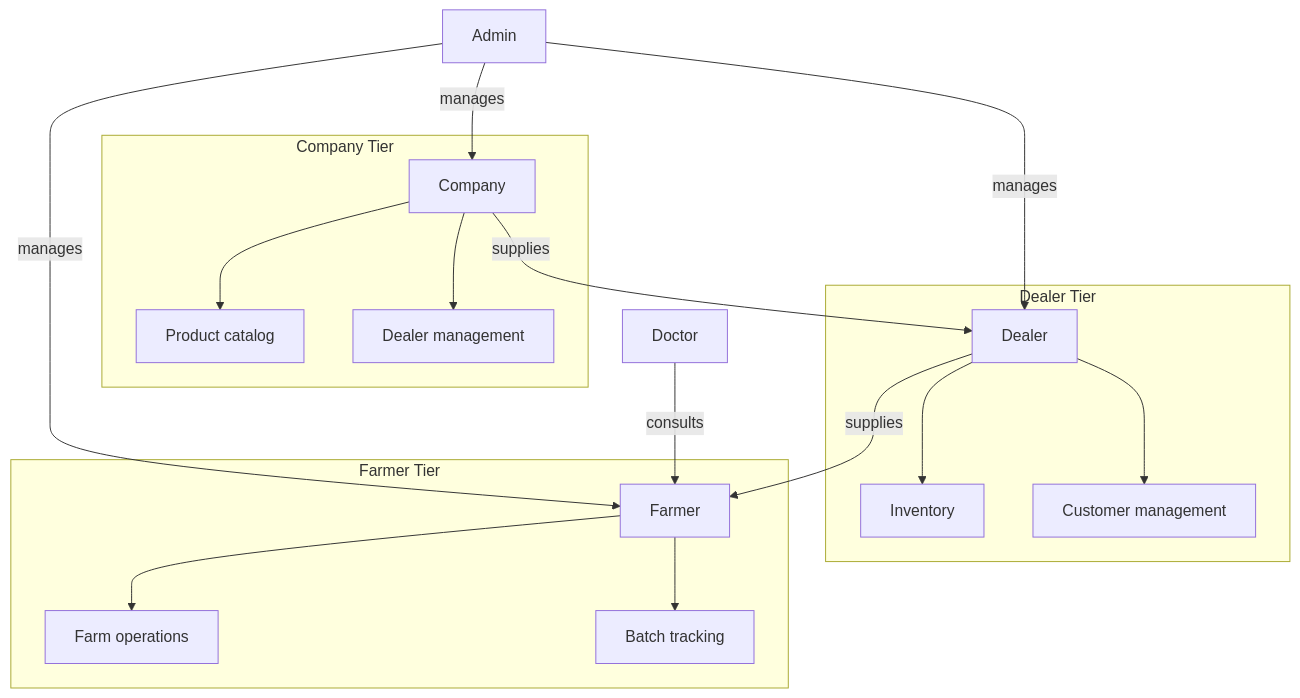
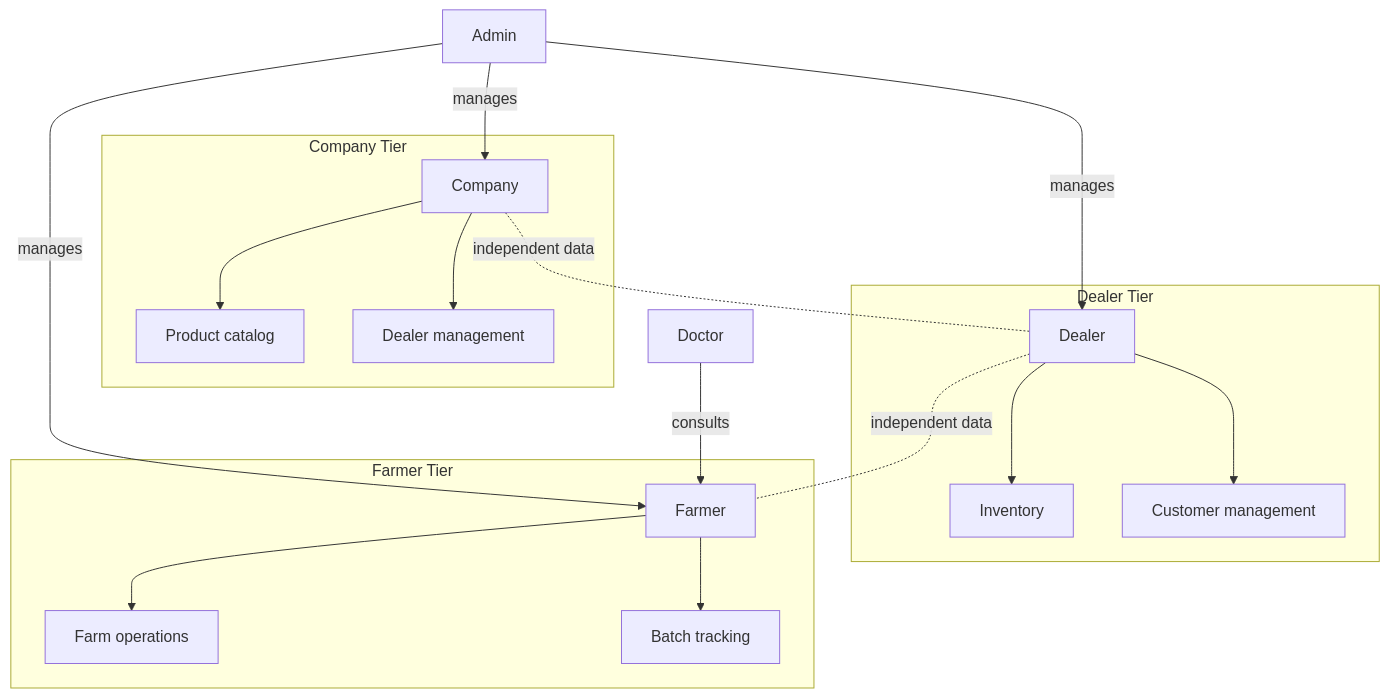
The second of 4 diagrams in context.md (poultry-solution/Poultry360), drawn with Mermaid before and after one commit. The commit also changed other lines of this file and 5 other files, not shown here.

````diff
--- a/context.md
+++ b/context.md
@@ -309,19 +311,19 @@
 ```mermaid
 graph TD
     subgraph Company["Company Tier"]
         C[Company] --> C1[Product catalog]
         C --> C2[Dealer management]
     end
     subgraph Dealer["Dealer Tier"]
         D[Dealer] --> D1[Inventory]
         D --> D2[Customer management]
     end
     subgraph Farmer["Farmer Tier"]
         F[Farmer] --> F1[Farm operations]
         F --> F2[Batch tracking]
     end
-    C -->|supplies| D
-    D -->|supplies| F
+    C -. independent data .- D
+    D -. independent data .- F
     Doc[Doctor] -->|consults| F
     Admin[Admin] -->|manages| C & D & F
 ```
````
